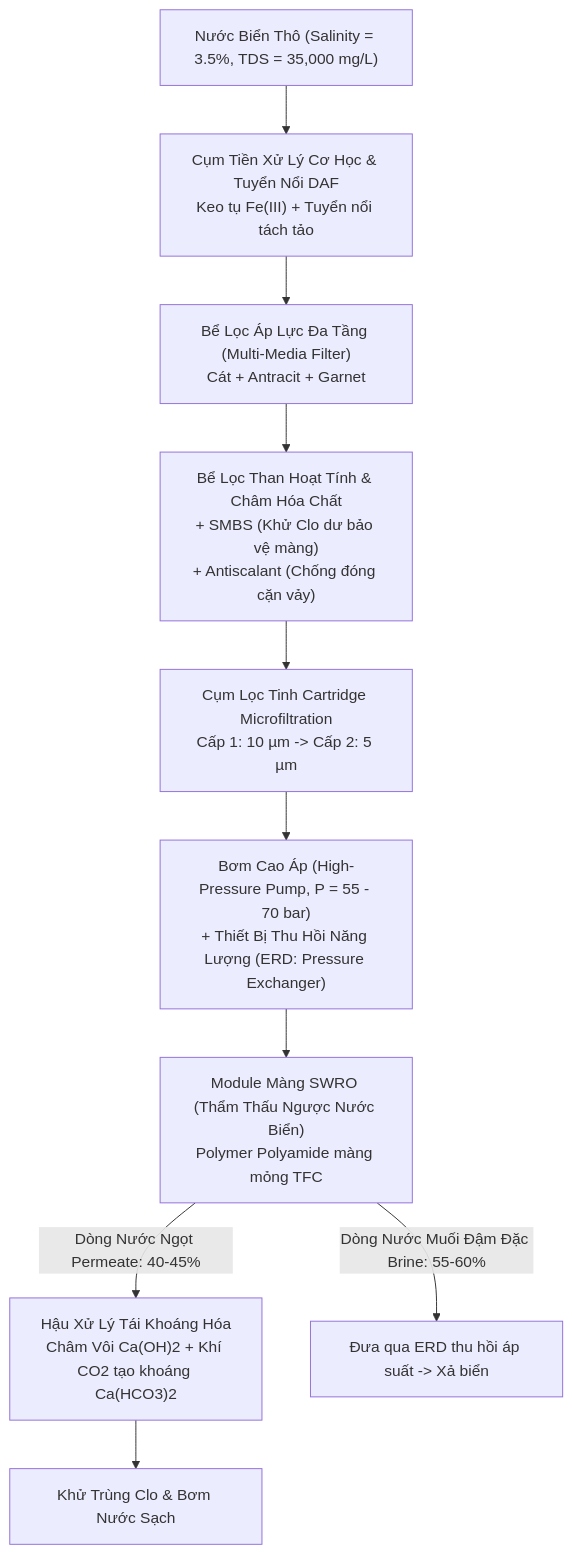
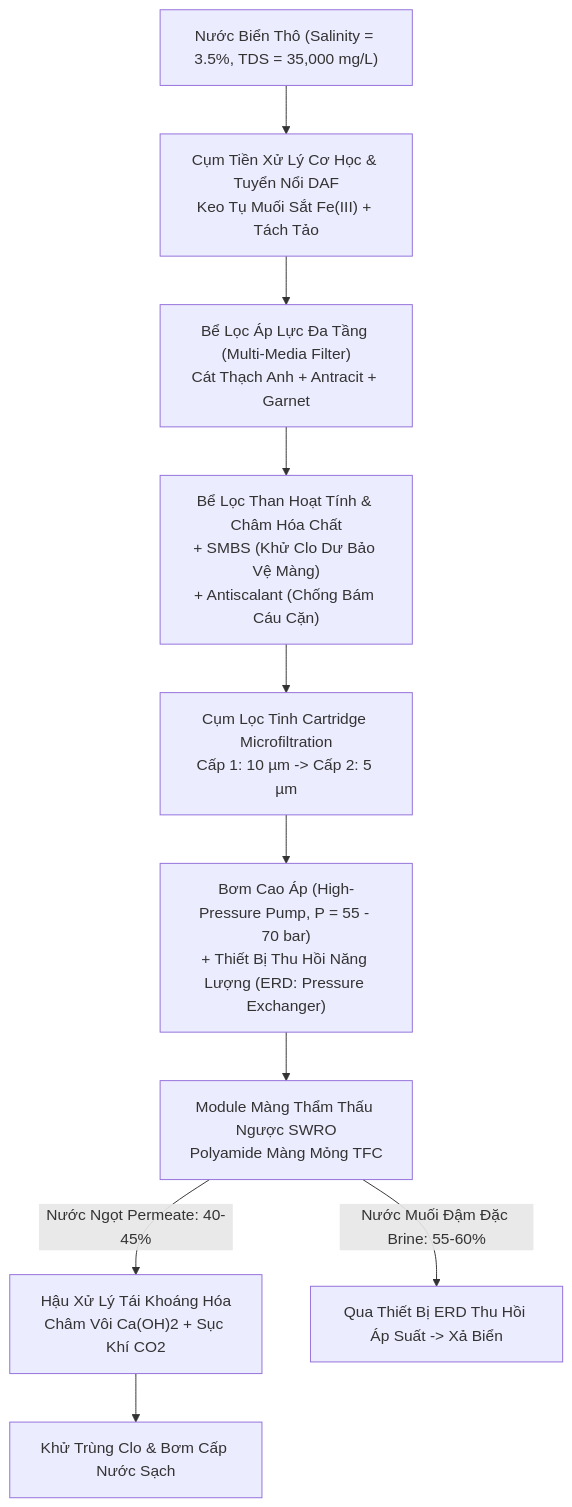
One commit to nguyendoanhcmut/hcmut-263-branches changed diagram 12 of 12 in kt-xu-ly-nuoc-cap/fragments/ch01_branches.md. Above: the diagram before and after it, drawn with Mermaid. The commit also changed other lines of this file and 12 other files, not shown here.

First line of the commit message:
feat(water-treatment): rebuild branches mindmap to ASD-STE100 standard

````diff
--- a/kt-xu-ly-nuoc-cap/fragments/ch01_branches.md
+++ b/kt-xu-ly-nuoc-cap/fragments/ch01_branches.md
@@ -690,12 +1237,12 @@
 ```mermaid
 flowchart TD
-    A["Nước Biển Thô (Salinity = 3.5%, TDS = 35,000 mg/L)"] --> B["Cụm Tiền Xử Lý Cơ Học & Tuyển Nổi DAF\nKeo tụ Fe(III) + Tuyển nổi tách tảo"]
-    B --> C["Bể Lọc Áp Lực Đa Tầng (Multi-Media Filter)\nCát + Antracit + Garnet"]
-    C --> D["Bể Lọc Than Hoạt Tính & Châm Hóa Chất\n+ SMBS (Khử Clo dư bảo vệ màng)\n+ Antiscalant (Chống đóng cặn vảy)"]
+    A["Nước Biển Thô (Salinity = 3.5%, TDS = 35,000 mg/L)"] --> B["Cụm Tiền Xử Lý Cơ Học & Tuyển Nổi DAF\nKeo Tụ Muối Sắt Fe(III) + Tách Tảo"]
+    B --> C["Bể Lọc Áp Lực Đa Tầng (Multi-Media Filter)\nCát Thạch Anh + Antracit + Garnet"]
+    C --> D["Bể Lọc Than Hoạt Tính & Châm Hóa Chất\n+ SMBS (Khử Clo Dư Bảo Vệ Màng)\n+ Antiscalant (Chống Bám Cáu Cặn)"]
     D --> E["Cụm Lọc Tinh Cartridge Microfiltration\nCấp 1: 10 µm -> Cấp 2: 5 µm"]
     E --> F["Bơm Cao Áp (High-Pressure Pump, P = 55 - 70 bar)\n+ Thiết Bị Thu Hồi Năng Lượng (ERD: Pressure Exchanger)"]
-    F --> G["Module Màng SWRO (Thẩm Thấu Ngược Nước Biển)\nPolymer Polyamide màng mỏng TFC"]
-    G -->|Dòng Nước Ngọt Permeate: 40-45%| H["Hậu Xử Lý Tái Khoáng Hóa\nChâm Vôi Ca(OH)2 + Khí CO2 tạo khoáng Ca(HCO3)2"]
-    G -->|Dòng Nước Muối Đậm Đặc Brine: 55-60%| I["Đưa qua ERD thu hồi áp suất -> Xả biển"]
-    H --> J["Khử Trùng Clo & Bơm Nước Sạch"]
+    F --> G["Module Màng Thẩm Thấu Ngược SWRO\nPolyamide Màng Mỏng TFC"]
+    G -->|Nước Ngọt Permeate: 40-45%| H["Hậu Xử Lý Tái Khoáng Hóa\nChâm Vôi Ca(OH)2 + Sục Khí CO2"]
+    G -->|Nước Muối Đậm Đặc Brine: 55-60%| I["Qua Thiết Bị ERD Thu Hồi Áp Suất -> Xả Biển"]
+    H --> J["Khử Trùng Clo & Bơm Cấp Nước Sạch"]
 ```
````
